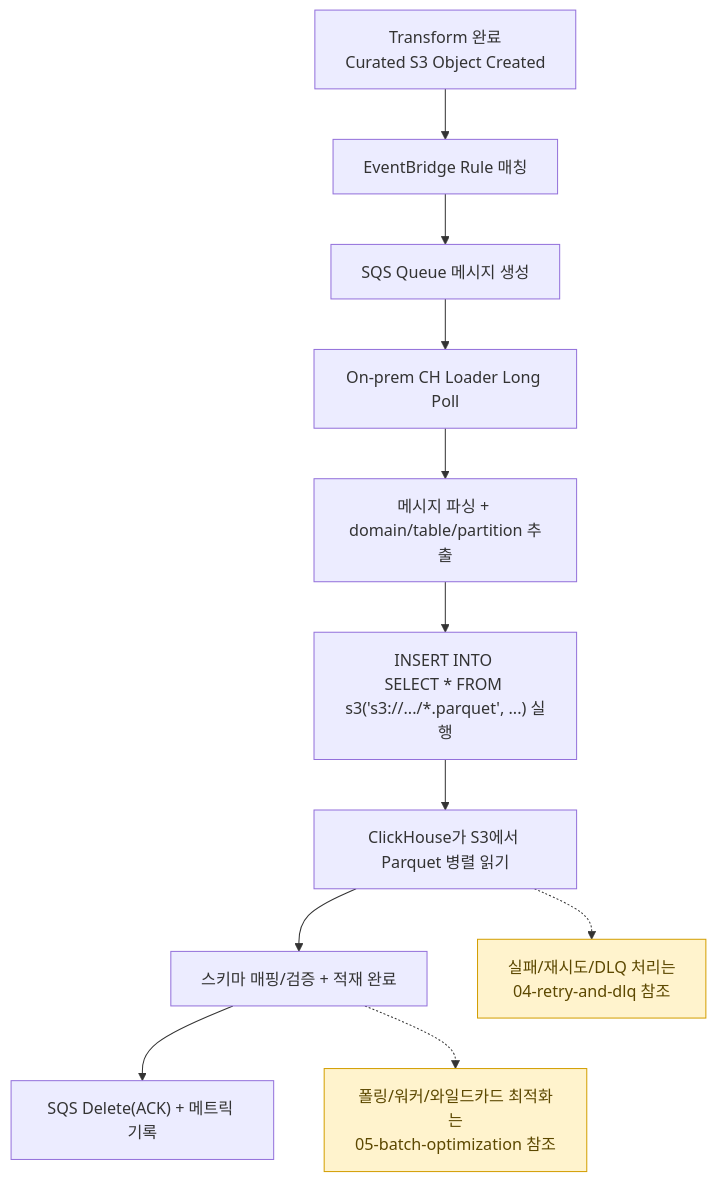
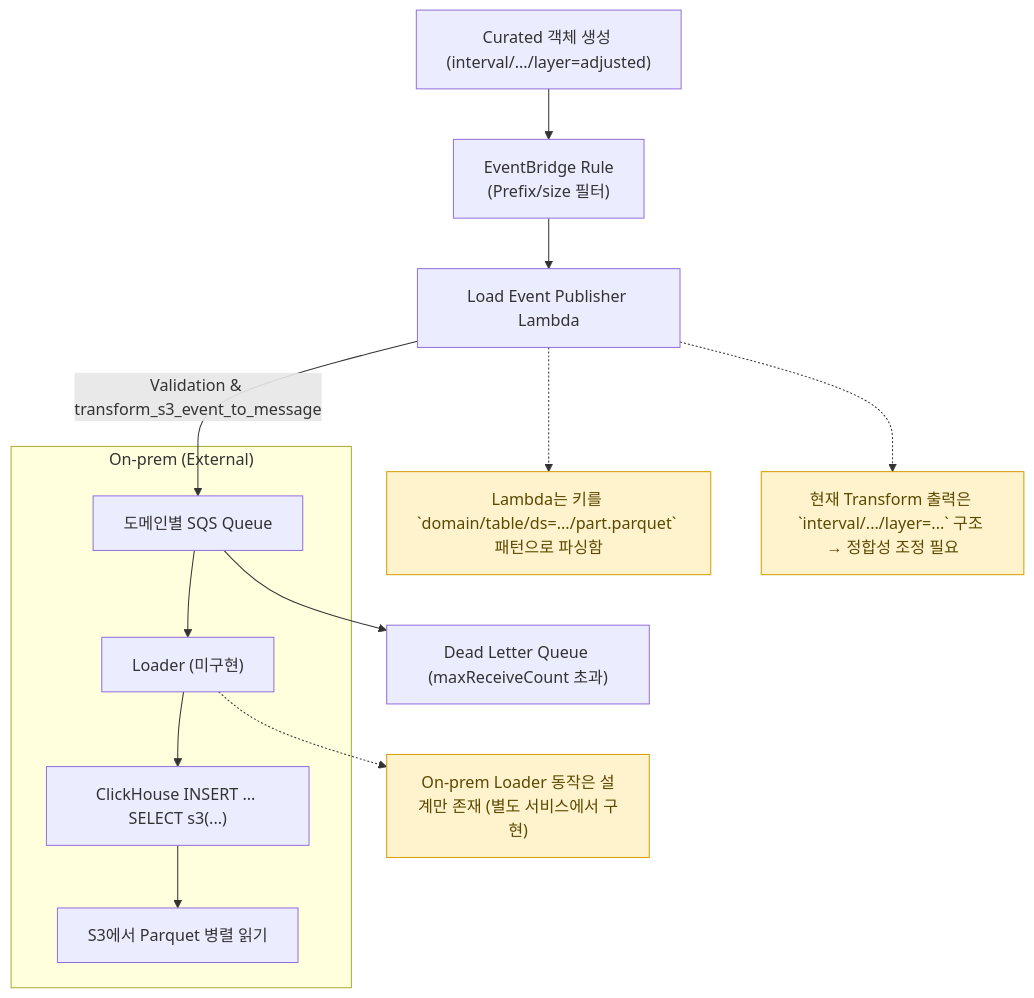
The diagram in docs/diagrams/load/02-data-flow.md (keemgdeok/fin-forge-pipeline), drawn with Mermaid before and after one commit. The commit also changed 35 other files, not shown here.

Commit message:
docs: refresh diagrams

````diff
--- a/docs/diagrams/load/02-data-flow.md
+++ b/docs/diagrams/load/02-data-flow.md
@@ -1,21 +1,24 @@
 ```mermaid
 flowchart TD
-  A["Transform 완료<br/>Curated S3 Object Created"] --> B["EventBridge Rule 매칭"]
-  B --> C["SQS Queue 메시지 생성"]
-  C --> D["On‑prem CH Loader Long Poll"]
-  D --> E["메시지 파싱 + domain/table/partition 추출"]
-  E --> F["INSERT INTO <table>\nSELECT * FROM s3('s3://.../*.parquet', ...) 실행"]
-  F --> G["ClickHouse가 S3에서 Parquet 병렬 읽기"]
-  G --> H["스키마 매핑/검증 + 적재 완료"]
-  H --> I["SQS Delete(ACK) + 메트릭 기록"]
+  A["Curated 객체 생성 (interval/.../layer=adjusted)"] --> B["EventBridge Rule\n(Prefix/size 필터)"]
+  B --> C["Load Event Publisher Lambda"]
+  C -->|Validation & transform_s3_event_to_message| D["도메인별 SQS Queue"]
+  D --> E["Dead Letter Queue (maxReceiveCount 초과)"]
 
-  %% DLQ 상세 처리 참고 노트
-  NDQ["실패/재시도/DLQ 처리는<br/>04-retry-and-dlq 참조"]:::note
-  G -.-> NDQ
+  subgraph "On-prem (External)"
+    D --> F["Loader (미구현)"]
+    F --> G["ClickHouse INSERT ... SELECT s3(...)"]
+    G --> H["S3에서 Parquet 병렬 읽기"]
+  end
 
-  %% 배치/동시성 최적화 참고 노트
-  NBATCH["폴링/워커/와일드카드 최적화는<br/>05-batch-optimization 참조"]:::note
-  H -.-> NBATCH
-  
+  %% Notes
+  N1["Lambda는 키를 `domain/table/ds=.../part.parquet` 패턴으로 파싱함"]:::note
+  N2["현재 Transform 출력은 `interval/.../layer=...` 구조 → 정합성 조정 필요"]:::note
+  N3["On-prem Loader 동작은 설계만 존재 (별도 서비스에서 구현)"]:::note
+
+  C -.-> N1
+  C -.-> N2
+  F -.-> N3
+
   classDef note fill:#fff3cd,stroke:#d39e00,color:#5c4800;
 ```
````
